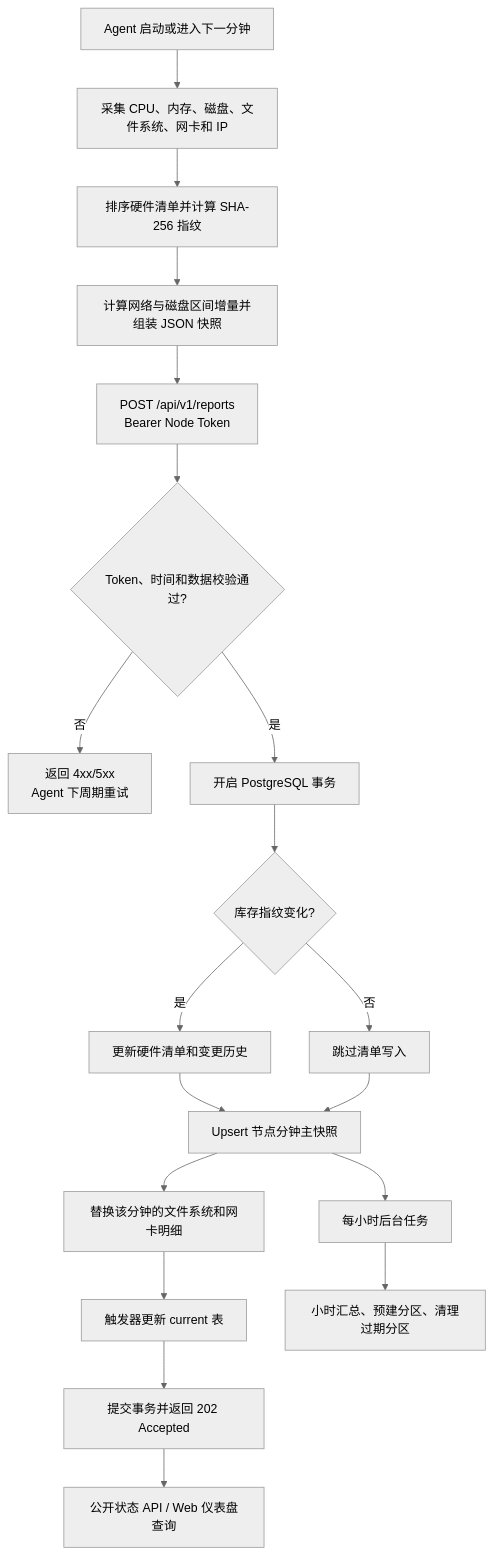
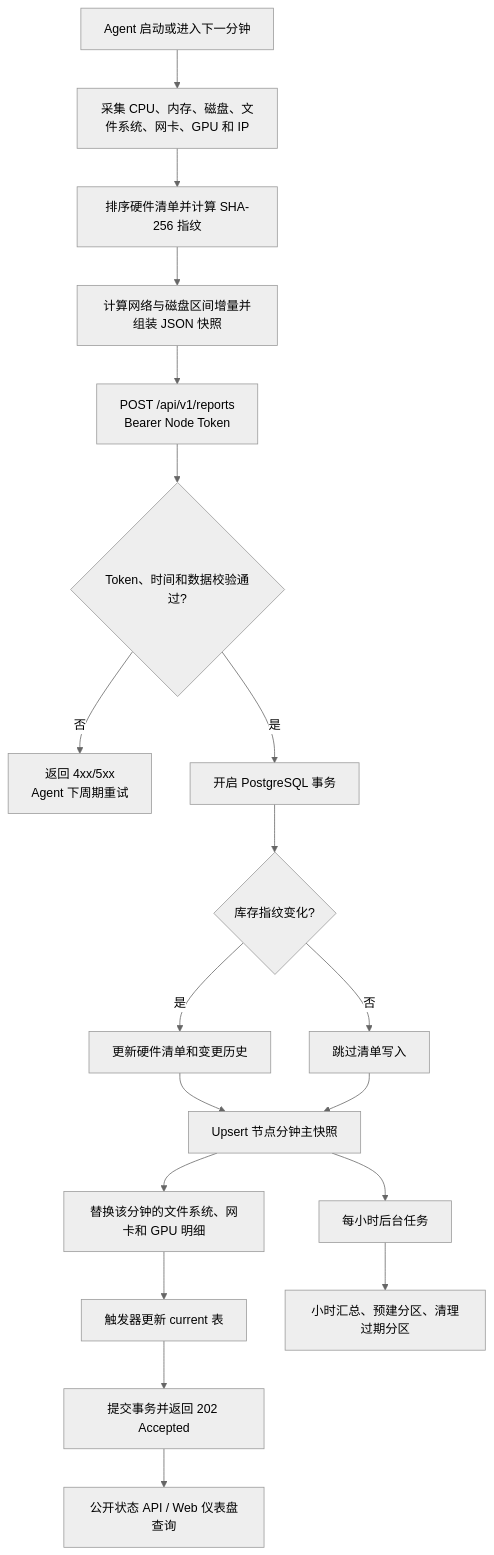
Before and after one commit to guohai163/server-status: the diagram in README.md, drawn with Mermaid (neutral theme). The commit also changed other lines of this file and 16 other files, not shown here.

````diff
--- a/README.md
+++ b/README.md
@@ -54,21 +54,21 @@
 ```mermaid
 flowchart TD
-    A["Agent 启动或进入下一分钟"] --> B["采集 CPU、内存、磁盘、文件系统、网卡和 IP"]
+    A["Agent 启动或进入下一分钟"] --> B["采集 CPU、内存、磁盘、文件系统、网卡、GPU 和 IP"]
     B --> C["排序硬件清单并计算 SHA-256 指纹"]
     C --> D["计算网络与磁盘区间增量并组装 JSON 快照"]
     D --> E["POST /api/v1/reports<br/>Bearer Node Token"]
     E --> F{"Token、时间和数据校验通过?"}
     F -- "否" --> G["返回 4xx/5xx<br/>Agent 下周期重试"]
     F -- "是" --> H["开启 PostgreSQL 事务"]
     H --> I{"库存指纹变化?"}
     I -- "是" --> J["更新硬件清单和变更历史"]
     I -- "否" --> K["跳过清单写入"]
     J --> L["Upsert 节点分钟主快照"]
     K --> L
-    L --> M["替换该分钟的文件系统和网卡明细"]
+    L --> M["替换该分钟的文件系统、网卡和 GPU 明细"]
     M --> N["触发器更新 current 表"]
     N --> O["提交事务并返回 202 Accepted"]
     O --> P["公开状态 API / Web 仪表盘查询"]
     Q["每小时后台任务"] --> R["小时汇总、预建分区、清理过期分区"]
     L --> Q
 ```
````
